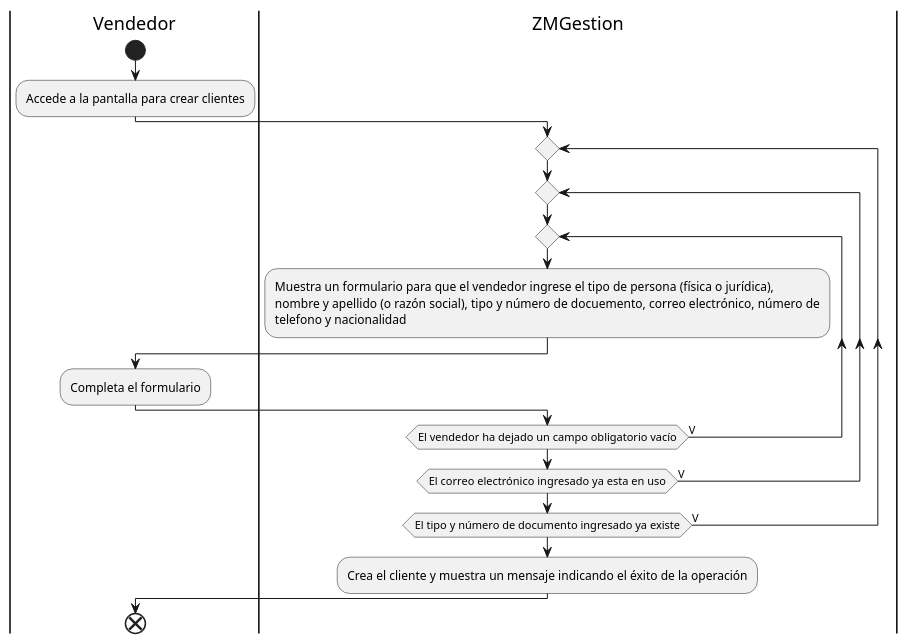
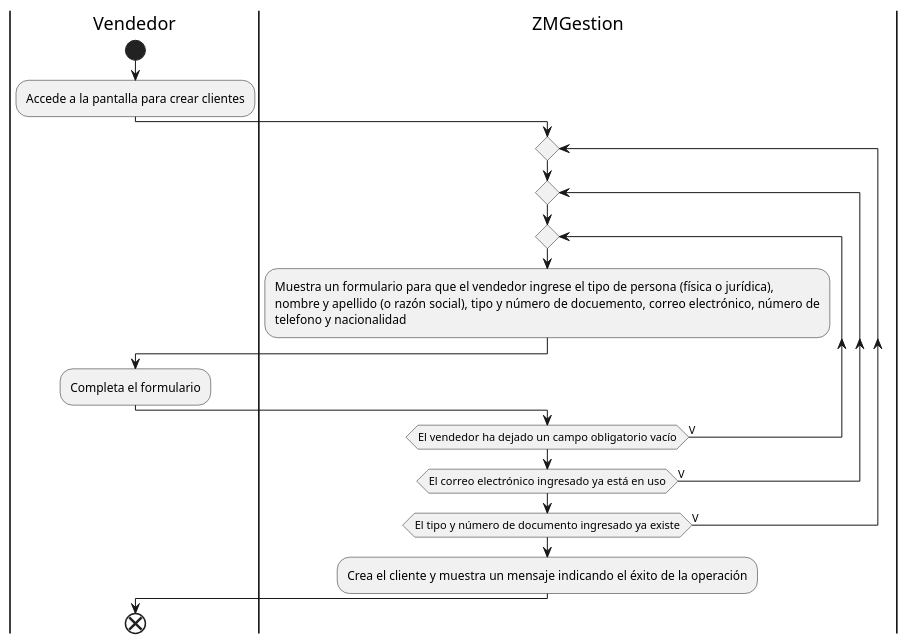
The ninth of 35 diagrams in DiagramasActividad/DiagramaDeActividad.puml (ZMGestion/DocumentacionZMGestion), drawn with PlantUML before and after one commit. The commit also changed other lines of this file and 40 other files, not shown here.

```diff
--- a/DiagramasActividad/DiagramaDeActividad.puml
+++ b/DiagramasActividad/DiagramaDeActividad.puml
@@ -128,21 +128,21 @@
 @startuml crearCliente
 |Vendedor|
 start
 :Accede a la pantalla para crear clientes;
 |ZMGestion|
 repeat
 repeat
 repeat
 :Muestra un formulario para que el vendedor ingrese el tipo de persona (física o jurídica),
 nombre y apellido (o razón social), tipo y número de docuemento, correo electrónico, número de
 telefono y nacionalidad;
 |Vendedor|
 :Completa el formulario;
 |ZMGestion|
 repeat while(El vendedor ha dejado un campo obligatorio vacío) is (V)
-repeat while(El correo electrónico ingresado ya esta en uso) is (V)
+repeat while(El correo electrónico ingresado ya está en uso) is (V)
 repeat while(El tipo y número de documento ingresado ya existe) is (V)
 :Crea el cliente y muestra un mensaje indicando el éxito de la operación;
 |Vendedor|
 end
 @enduml
```
